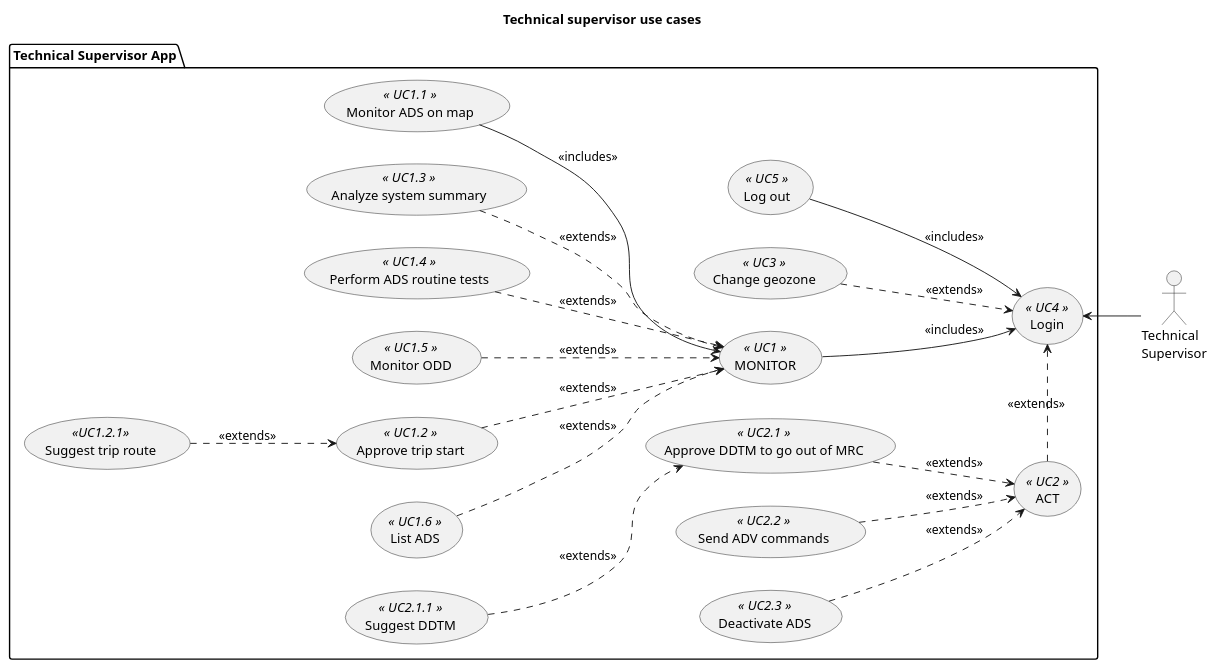
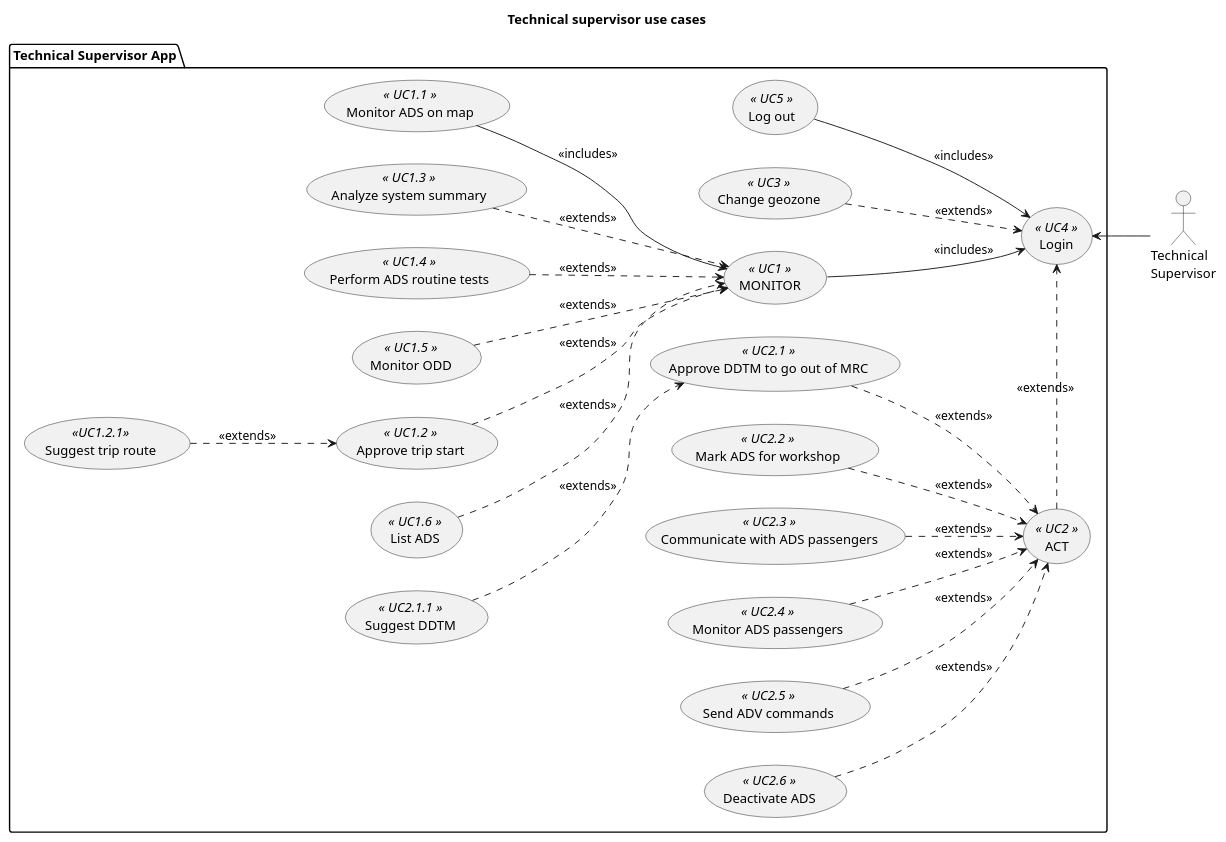
Before and after one commit to bruno-motorai/uml: the diagram in technical_supervisor/use_cases.pu, drawn with PlantUML. The commit also changed 1 other file, not shown here.

```diff
--- a/technical_supervisor/use_cases.pu
+++ b/technical_supervisor/use_cases.pu
@@ -1,54 +1,59 @@
 @startuml ts_use_cases
 title Technical supervisor use cases
 
 left to right direction
 
 actor :Technical\nSupervisor: as TS1
 
 package "Technical Supervisor App" {
     usecase UC4 as (Login) <<  UC4  >>
     usecase UC5 as (Log out) <<  UC5  >>
     usecase UC1 as (MONITOR)<<  UC1  >>
     usecase UC2 as (ACT) <<  UC2  >>
     usecase UC3 as (Change geozone) <<  UC3  >>
 
     ' Supervise system
     usecase UC102 as (Monitor ADS on map) <<  UC1.1  >>
     usecase UC100 as (Approve trip start) <<  UC1.2  >>
     usecase UC101 as (Analyze system summary) <<  UC1.3  >>
     usecase UC104 as (Perform ADS routine tests) <<  UC1.4  >>
     usecase UC105 as (Monitor ODD) <<  UC1.5  >>
     usecase UC106 as (Suggest trip route) << UC1.2.1 >>
     usecase UC107 as (List ADS) <<  UC1.6  >>
 
     ' Supervise ADS
-    usecase UC202 as (Approve DDTM to go out of MRC) <<  UC2.1  >>
-    ' ADS actions
-    usecase UC303 as (Suggest DDTM) <<  UC2.1.1  >>
-    usecase UC304 as (Send ADV commands) <<  UC2.2  >>
-    usecase UC305 as (Deactivate ADS) <<  UC2.3  >>
+    usecase UC201 as (Approve DDTM to go out of MRC) <<  UC2.1  >>
+    usecase UC202 as (Suggest DDTM) <<  UC2.1.1  >>
+    usecase UC203 as (Mark ADS for workshop) <<  UC2.2  >>
+    usecase UC204 as (Communicate with ADS passengers) <<  UC2.3  >>
+    usecase UC205 as (Monitor ADS passengers) <<  UC2.4  >>
+    usecase UC206 as (Send ADV commands) <<  UC2.5  >>
+    usecase UC207 as (Deactivate ADS) <<  UC2.6  >>
 }
 
 ' User connections
 TS1 -up-> UC4
 UC2 -> UC4 #line.dashed : <<extends>> 
 UC1 --> UC4 : <<includes>> 
 UC3 --> UC4 #line.dashed : <<extends>> 
 UC5 --> UC4 : <<includes>>
 
 ' Supervise system
 UC100 --> UC1 #line.dashed : <<extends>>
 UC106 --> UC100 #line.dashed : <<extends>>
 UC101 --> UC1 #line.dashed : <<extends>>
 UC102 --> UC1 : <<includes>>
 UC104 --> UC1 #line.dashed : <<extends>>
 UC105 --> UC1 #line.dashed : <<extends>>
 UC107 --> UC1 #line.dashed : <<extends>>
 
 ' Supervise ADS
-UC202 --> UC2 #line.dashed : <<extends>>
-UC303 --> UC202 #line.dashed : <<extends>>
-UC304 --> UC2 #line.dashed : <<extends>>
-UC305 --> UC2 #line.dashed : <<extends>>
+UC201 --> UC2 #line.dashed : <<extends>>
+UC202 --> UC201 #line.dashed : <<extends>>
+UC203 --> UC2 #line.dashed : <<extends>>
+UC204 --> UC2 #line.dashed : <<extends>>
+UC205 --> UC2 #line.dashed : <<extends>>
+UC206 --> UC2 #line.dashed : <<extends>>
+UC207 --> UC2 #line.dashed : <<extends>>
 
 @enduml
```
